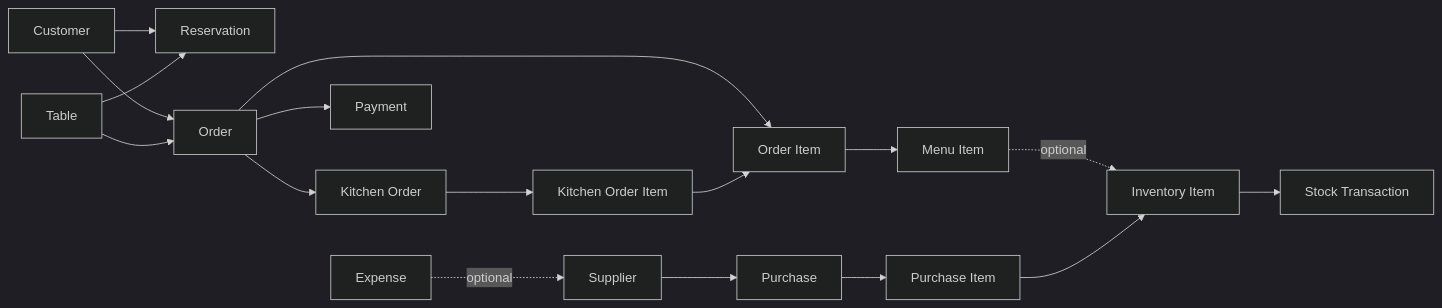
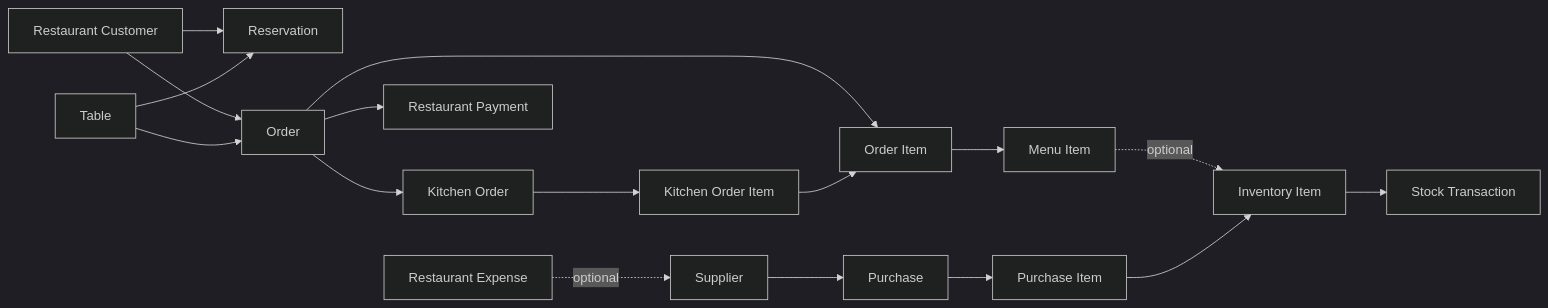
The diagram in README.md (R-Jayaraman/Restaurant-Management), drawn with Mermaid (dark theme) before and after one commit. The commit also changed other lines of this file, not shown here.

Commit message:
docs: update restaurant management documentation

````diff
--- a/README.md
+++ b/README.md
@@ -290,19 +327,19 @@
 ```mermaid
 graph LR
-    Customer --> Reservation
+    RestaurantCustomer["Restaurant Customer"] --> Reservation
     Table --> Reservation
-    Customer --> Order
+    RestaurantCustomer --> Order
     Table --> Order
     Order --> OrderItem["Order Item"]
     OrderItem --> MenuItem["Menu Item"]
     MenuItem -. optional .-> InventoryItem["Inventory Item"]
     Order --> KitchenOrder["Kitchen Order"]
     KitchenOrder --> KitchenOrderItem["Kitchen Order Item"]
     KitchenOrderItem --> OrderItem
-    Order --> Payment
+    Order --> RestaurantPayment["Restaurant Payment"]
     Supplier --> Purchase
     Purchase --> PurchaseItem["Purchase Item"]
     PurchaseItem --> InventoryItem
     InventoryItem --> StockTransaction["Stock Transaction"]
-    Expense -. optional .-> Supplier
+    RestaurantExpense["Restaurant Expense"] -. optional .-> Supplier
 ```
````
